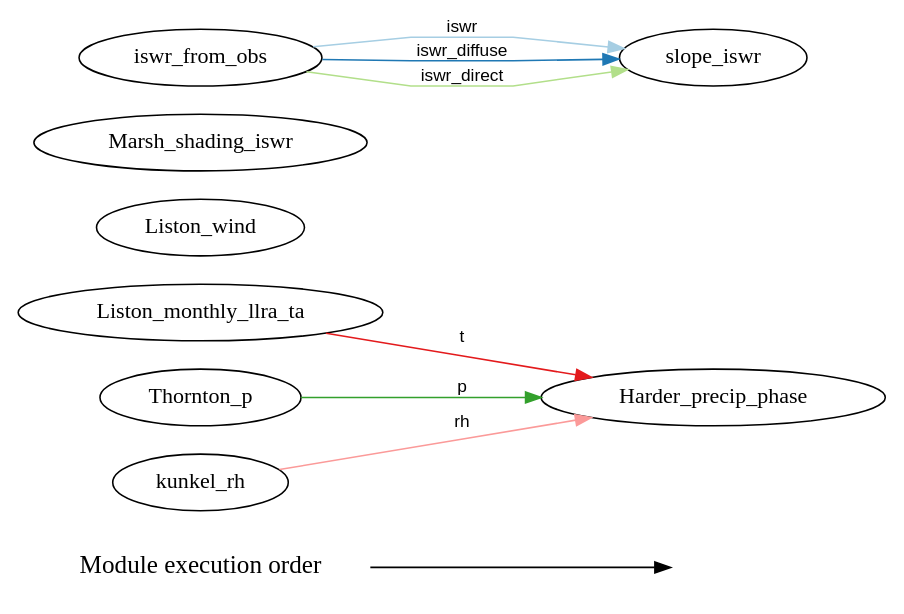
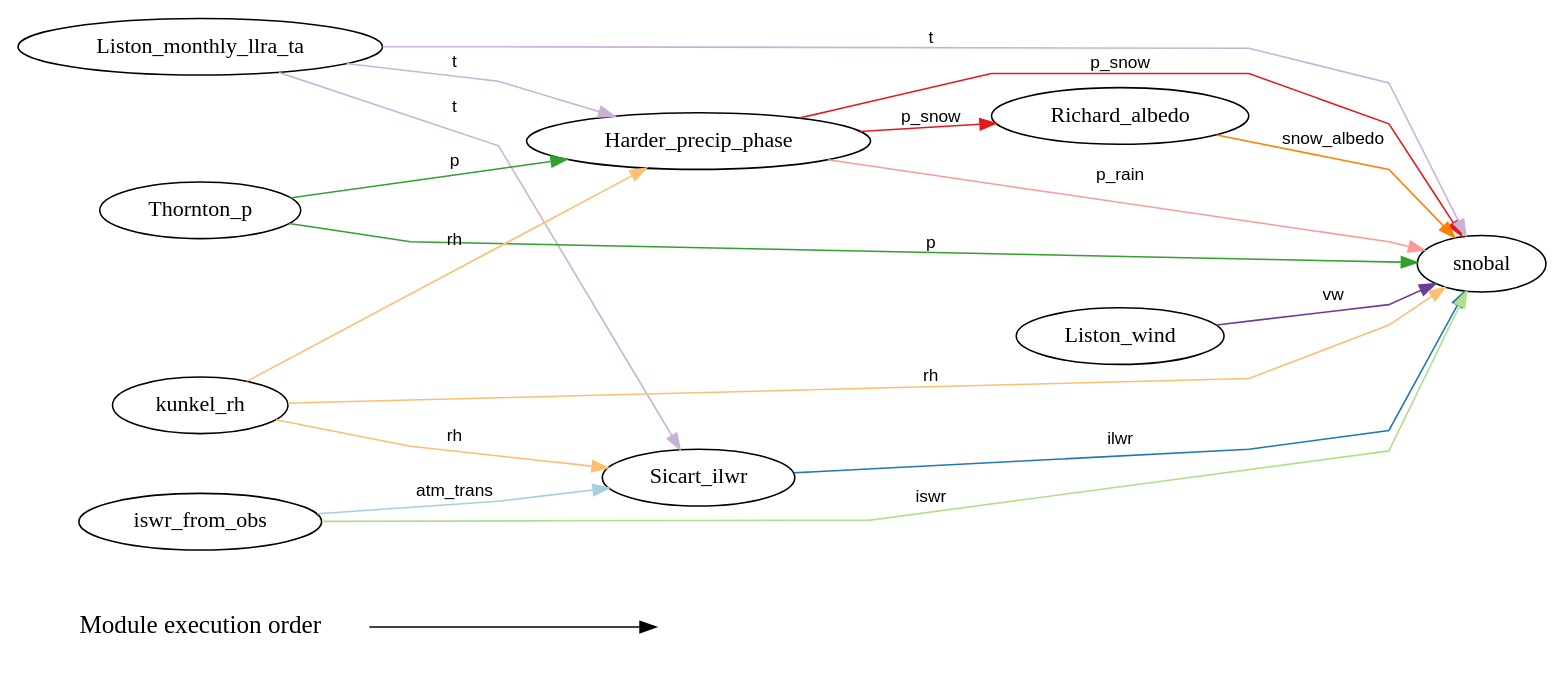
Before and after one commit to Chrismarsh/CHM: the diagram in modules.dot, drawn with Graphviz. The commit also changed 39 other files, not shown here.

Commit message:
Removed old dead code All solar rad modules provide atm_trans Added and fixed snobal Added albedo scheme improved timeseries

```diff
--- a/modules.dot
+++ b/modules.dot
@@ -1,53 +1,104 @@
 digraph G {
 	graph [rankdir=LR,
 		splines=polyline
 	];
 	{
 		node [fontsize=16,
 			shape=plaintext
 		];
 		"Module execution order"		 [fontsize=16,
 			shape=plaintext];
 		""		 [fontsize=16,
 			shape=plaintext];
 		"Module execution order" -> "";
 	}
 	0	 [label=Harder_precip_phase];
+	3	 [label=Richard_albedo];
+	0 -> 3	 [color="/paired12/6",
+		edgetype=p_snow,
+		fontname=Helvetica,
+		fontsize=11,
+		label=p_snow];
+	8	 [label=snobal];
+	0 -> 8	 [color="/paired12/5",
+		edgetype=p_rain,
+		fontname=Helvetica,
+		fontsize=11,
+		label=p_rain];
+	0 -> 8	 [color="/paired12/6",
+		edgetype=p_snow,
+		fontname=Helvetica,
+		fontsize=11,
+		label=p_snow];
 	1	 [label=Liston_monthly_llra_ta];
-	1 -> 0	 [color="/paired12/6",
+	1 -> 0	 [color="/paired12/9",
+		edgetype=t,
+		fontname=Helvetica,
+		fontsize=11,
+		label=t];
+	4	 [label=Sicart_ilwr];
+	1 -> 4	 [color="/paired12/9",
+		edgetype=t,
+		fontname=Helvetica,
+		fontsize=11,
+		label=t];
+	1 -> 8	 [color="/paired12/9",
 		edgetype=t,
 		fontname=Helvetica,
 		fontsize=11,
 		label=t];
 	2	 [label=Liston_wind];
-	3	 [label=Marsh_shading_iswr];
-	4	 [label=Thornton_p];
-	4 -> 0	 [color="/paired12/4",
+	2 -> 8	 [color="/paired12/10",
+		edgetype=vw,
+		fontname=Helvetica,
+		fontsize=11,
+		label=vw];
+	3 -> 8	 [color="/paired12/8",
+		edgetype=snow_albedo,
+		fontname=Helvetica,
+		fontsize=11,
+		label=snow_albedo];
+	4 -> 8	 [color="/paired12/2",
+		edgetype=ilwr,
+		fontname=Helvetica,
+		fontsize=11,
+		label=ilwr];
+	5	 [label=Thornton_p];
+	5 -> 0	 [color="/paired12/4",
 		edgetype=p,
 		fontname=Helvetica,
 		fontsize=11,
 		label=p];
-	5	 [label=iswr_from_obs];
-	7	 [label=slope_iswr];
-	5 -> 7	 [color="/paired12/1",
+	5 -> 8	 [color="/paired12/4",
+		edgetype=p,
+		fontname=Helvetica,
+		fontsize=11,
+		label=p];
+	6	 [label=iswr_from_obs];
+	6 -> 4	 [color="/paired12/1",
+		edgetype=atm_trans,
+		fontname=Helvetica,
+		fontsize=11,
+		label=atm_trans];
+	6 -> 8	 [color="/paired12/3",
 		edgetype=iswr,
 		fontname=Helvetica,
 		fontsize=11,
 		label=iswr];
-	5 -> 7	 [color="/paired12/2",
-		edgetype=iswr_diffuse,
+	7	 [label=kunkel_rh];
+	7 -> 0	 [color="/paired12/7",
+		edgetype=rh,
 		fontname=Helvetica,
 		fontsize=11,
-		label=iswr_diffuse];
-	5 -> 7	 [color="/paired12/3",
-		edgetype=iswr_direct,
+		label=rh];
+	7 -> 4	 [color="/paired12/7",
+		edgetype=rh,
 		fontname=Helvetica,
 		fontsize=11,
-		label=iswr_direct];
-	6	 [label=kunkel_rh];
-	6 -> 0	 [color="/paired12/5",
+		label=rh];
+	7 -> 8	 [color="/paired12/7",
 		edgetype=rh,
 		fontname=Helvetica,
 		fontsize=11,
 		label=rh];
 }
```
